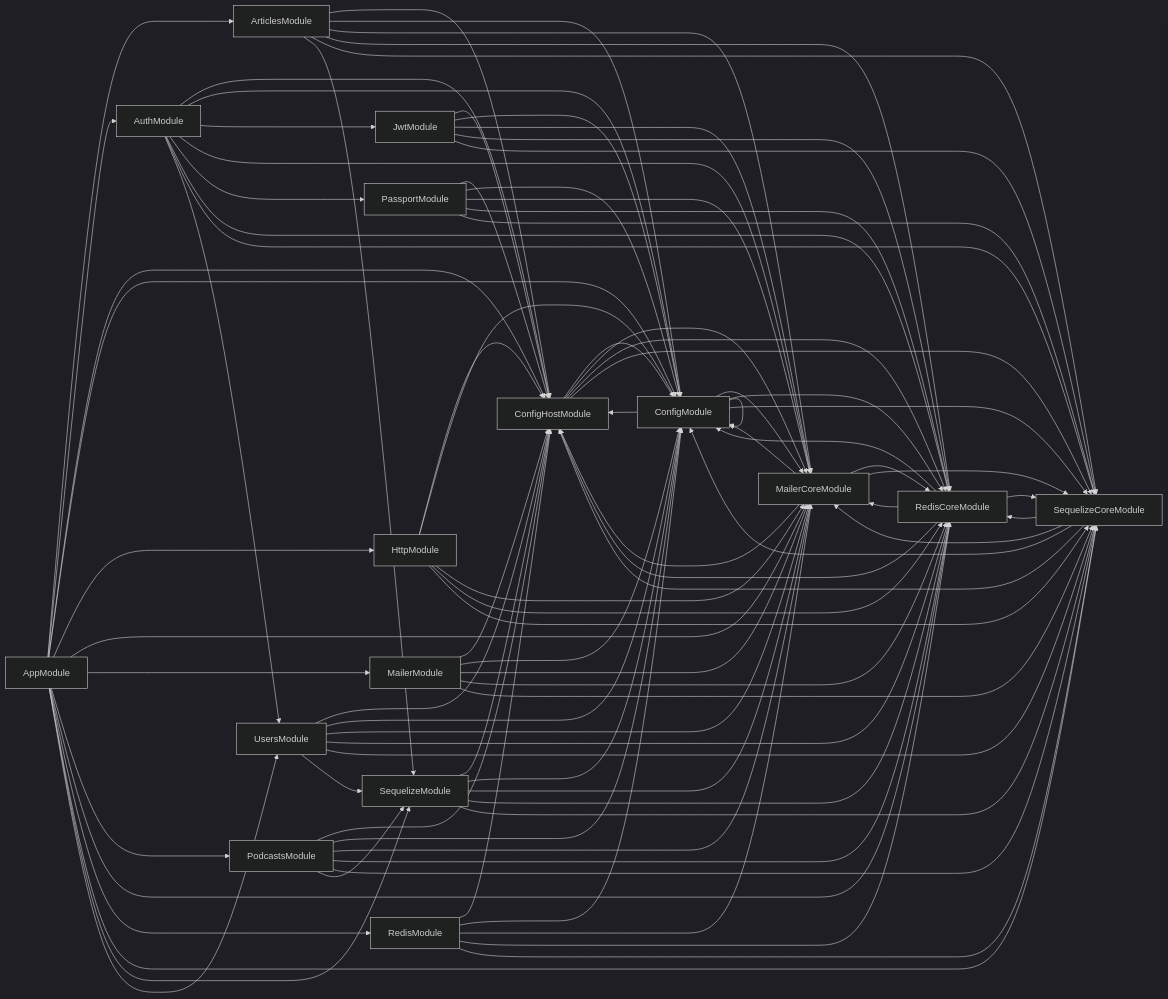
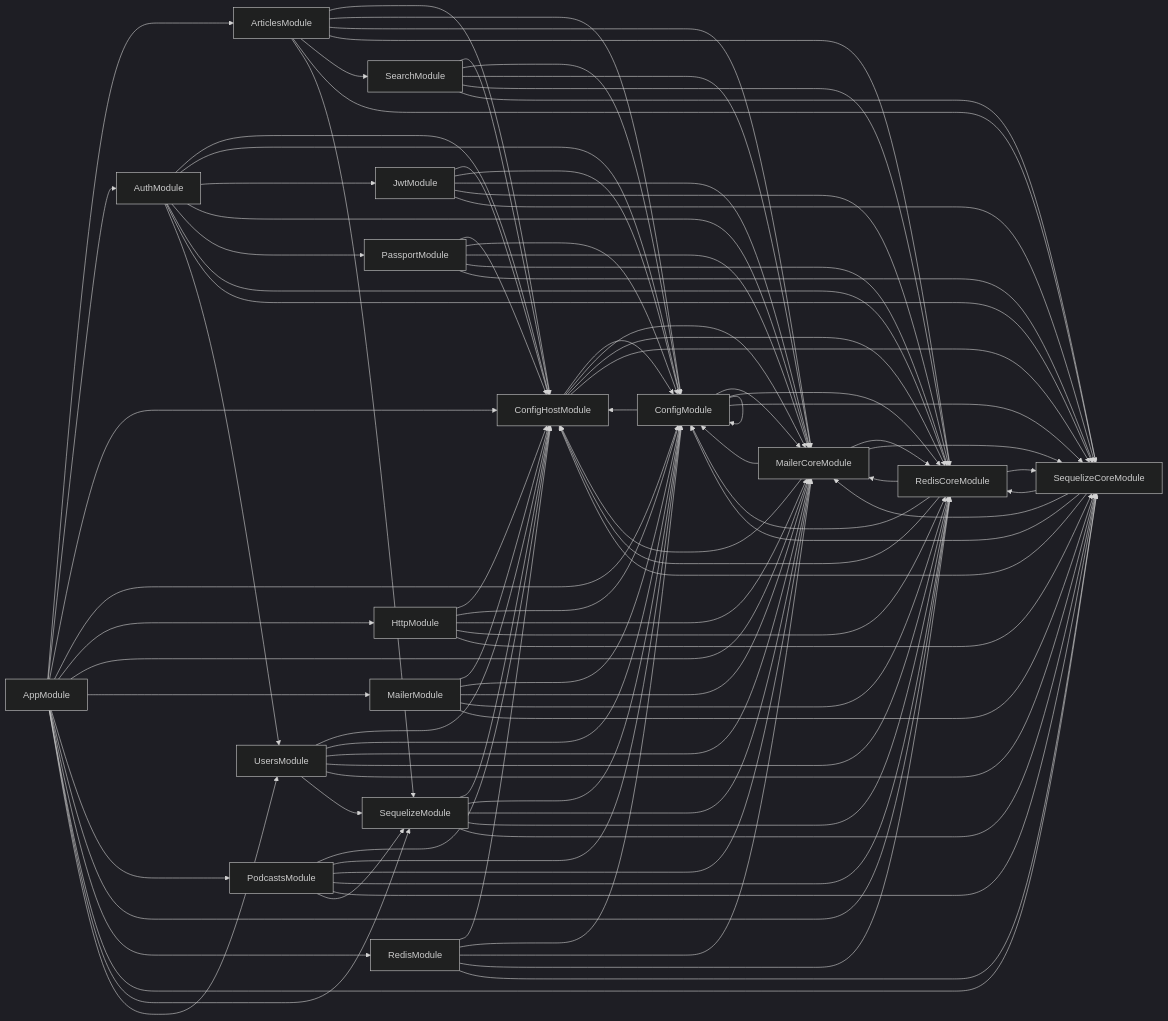
Before and after one commit to ntkwan/newsify: the diagram in backend/deps.mermaid, drawn with Mermaid (dark theme). The commit also changed 8 other files, not shown here.

```diff
--- a/backend/deps.mermaid
+++ b/backend/deps.mermaid
@@ -1,91 +1,97 @@
 graph LR
     AppModule-->ArticlesModule
   AppModule-->AuthModule
   AppModule-->ConfigHostModule
   AppModule-->ConfigModule
   AppModule-->HttpModule
   AppModule-->MailerCoreModule
   AppModule-->MailerModule
   AppModule-->PodcastsModule
   AppModule-->RedisCoreModule
   AppModule-->RedisModule
   AppModule-->SequelizeCoreModule
   AppModule-->SequelizeModule
   AppModule-->UsersModule
   ArticlesModule-->ConfigHostModule
   ArticlesModule-->ConfigModule
   ArticlesModule-->MailerCoreModule
   ArticlesModule-->RedisCoreModule
+  ArticlesModule-->SearchModule
   ArticlesModule-->SequelizeCoreModule
   ArticlesModule-->SequelizeModule
   AuthModule-->ConfigHostModule
   AuthModule-->ConfigModule
   AuthModule-->JwtModule
   AuthModule-->MailerCoreModule
   AuthModule-->PassportModule
   AuthModule-->RedisCoreModule
   AuthModule-->SequelizeCoreModule
   AuthModule-->UsersModule
   ConfigHostModule-->ConfigModule
   ConfigHostModule-->MailerCoreModule
   ConfigHostModule-->RedisCoreModule
   ConfigHostModule-->SequelizeCoreModule
   ConfigModule-->ConfigHostModule
   ConfigModule-->ConfigModule
   ConfigModule-->MailerCoreModule
   ConfigModule-->RedisCoreModule
   ConfigModule-->SequelizeCoreModule
   HttpModule-->ConfigHostModule
   HttpModule-->ConfigModule
   HttpModule-->MailerCoreModule
   HttpModule-->RedisCoreModule
   HttpModule-->SequelizeCoreModule
   JwtModule-->ConfigHostModule
   JwtModule-->ConfigModule
   JwtModule-->MailerCoreModule
   JwtModule-->RedisCoreModule
   JwtModule-->SequelizeCoreModule
   MailerCoreModule-->ConfigHostModule
   MailerCoreModule-->ConfigModule
   MailerCoreModule-->RedisCoreModule
   MailerCoreModule-->SequelizeCoreModule
   MailerModule-->ConfigHostModule
   MailerModule-->ConfigModule
   MailerModule-->MailerCoreModule
   MailerModule-->RedisCoreModule
   MailerModule-->SequelizeCoreModule
   PassportModule-->ConfigHostModule
   PassportModule-->ConfigModule
   PassportModule-->MailerCoreModule
   PassportModule-->RedisCoreModule
   PassportModule-->SequelizeCoreModule
   PodcastsModule-->ConfigHostModule
   PodcastsModule-->ConfigModule
   PodcastsModule-->MailerCoreModule
   PodcastsModule-->RedisCoreModule
   PodcastsModule-->SequelizeCoreModule
   PodcastsModule-->SequelizeModule
   RedisCoreModule-->ConfigHostModule
   RedisCoreModule-->ConfigModule
   RedisCoreModule-->MailerCoreModule
   RedisCoreModule-->SequelizeCoreModule
   RedisModule-->ConfigHostModule
   RedisModule-->ConfigModule
   RedisModule-->MailerCoreModule
   RedisModule-->RedisCoreModule
   RedisModule-->SequelizeCoreModule
+  SearchModule-->ConfigHostModule
+  SearchModule-->ConfigModule
+  SearchModule-->MailerCoreModule
+  SearchModule-->RedisCoreModule
+  SearchModule-->SequelizeCoreModule
   SequelizeCoreModule-->ConfigHostModule
   SequelizeCoreModule-->ConfigModule
   SequelizeCoreModule-->MailerCoreModule
   SequelizeCoreModule-->RedisCoreModule
   SequelizeModule-->ConfigHostModule
   SequelizeModule-->ConfigModule
   SequelizeModule-->MailerCoreModule
   SequelizeModule-->RedisCoreModule
   SequelizeModule-->SequelizeCoreModule
   UsersModule-->ConfigHostModule
   UsersModule-->ConfigModule
   UsersModule-->MailerCoreModule
   UsersModule-->RedisCoreModule
   UsersModule-->SequelizeCoreModule
   UsersModule-->SequelizeModule
```
